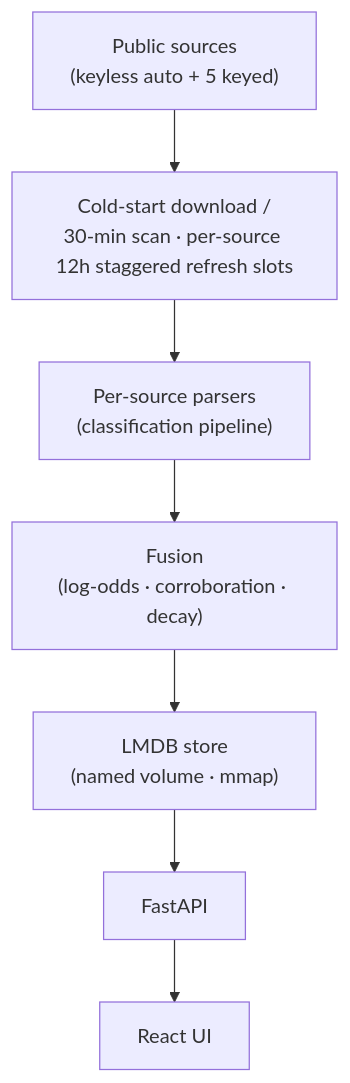
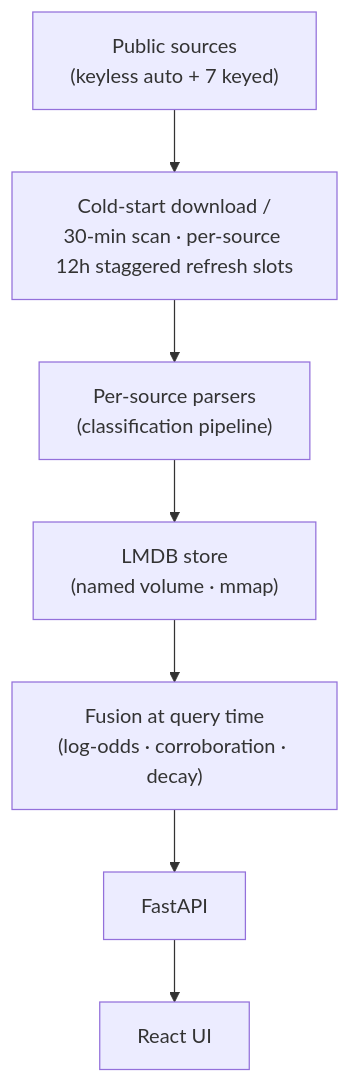
The diagram in README.md (steponeerror/ip-radar), drawn with Mermaid before and after one commit. The commit also changed other lines of this file and 4 other files, not shown here.

First line of the commit message:
251: README 源表补 16 行(61 行齐,🔑 恰 7)+ mermaid 改入库在前 + 密钥分区口径 61=54+7

````diff
--- a/README.md
+++ b/README.md
@@ -101,9 +101,9 @@
 ```mermaid
 flowchart TD
-    A["Public sources<br/>(keyless auto + 5 keyed)"] --> B["Cold-start download /<br/>30-min scan · per-source 12h staggered refresh slots"]
+    A["Public sources<br/>(keyless auto + 7 keyed)"] --> B["Cold-start download /<br/>30-min scan · per-source 12h staggered refresh slots"]
     B --> C["Per-source parsers<br/>(classification pipeline)"]
-    C --> D["Fusion<br/>(log-odds · corroboration · decay)"]
-    D --> E["LMDB store<br/>(named volume · mmap)"]
+    C --> D["LMDB store<br/>(named volume · mmap)"]
+    D --> E["Fusion at query time<br/>(log-odds · corroboration · decay)"]
     E --> F["FastAPI"]
     F --> G["React UI"]
 ```
````
